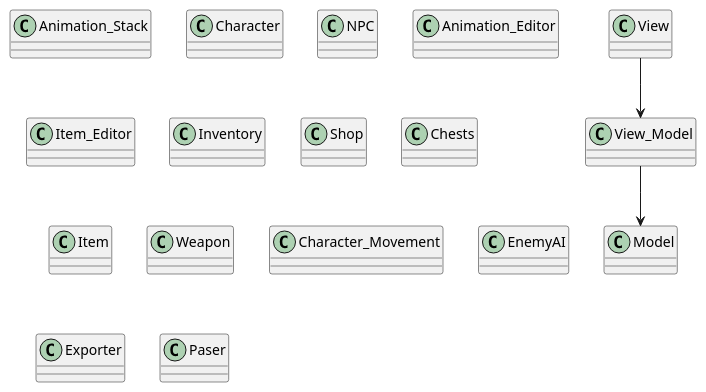
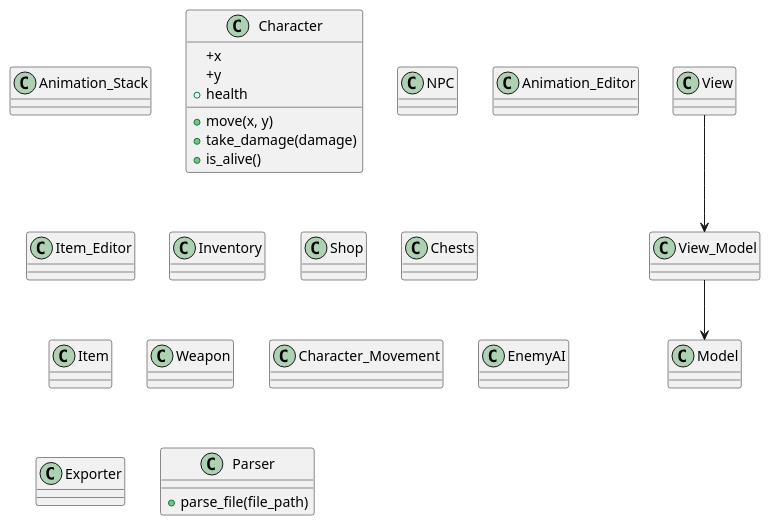
Before and after one commit to Uthjos/Project-Lapis-: the diagram in Design/Class Diagram.puml, drawn with PlantUML.

Commit message:
added to character class.puml

```diff
--- a/Design/Class Diagram.puml
+++ b/Design/Class Diagram.puml
@@ -1,76 +1,81 @@
 @startuml
 class View{
 
 }
 
 class View_Model {
 
 }
 
 class Model {
 
 }
 
 class Animation_Stack {
 
 }
 
 class Character {
+    +x
+    +y
+    +health
 
+    +move(x, y)
+    +take_damage(damage)
+    +is_alive()
 }
 
 class NPC {
 
 }
 
 class Animation_Editor{
 
 }
 
 class Item_Editor {
 
 }
 
 class Inventory {
 
 }
 
 class Shop {
 
 }
 
 class Chests {
 
 }
 
 class Item {
 
 }
 
 class Weapon{
 
 }
 
 class Character_Movement {
 
 }
 
 class EnemyAI {
 
 }
 
 class Exporter {
 
 }
 
-class Paser {
-
+class Parser {
+    +parse_file(file_path)
 }
-
 
 
 View --> View_Model
 View_Model --> Model
 
 
 @enduml
```
